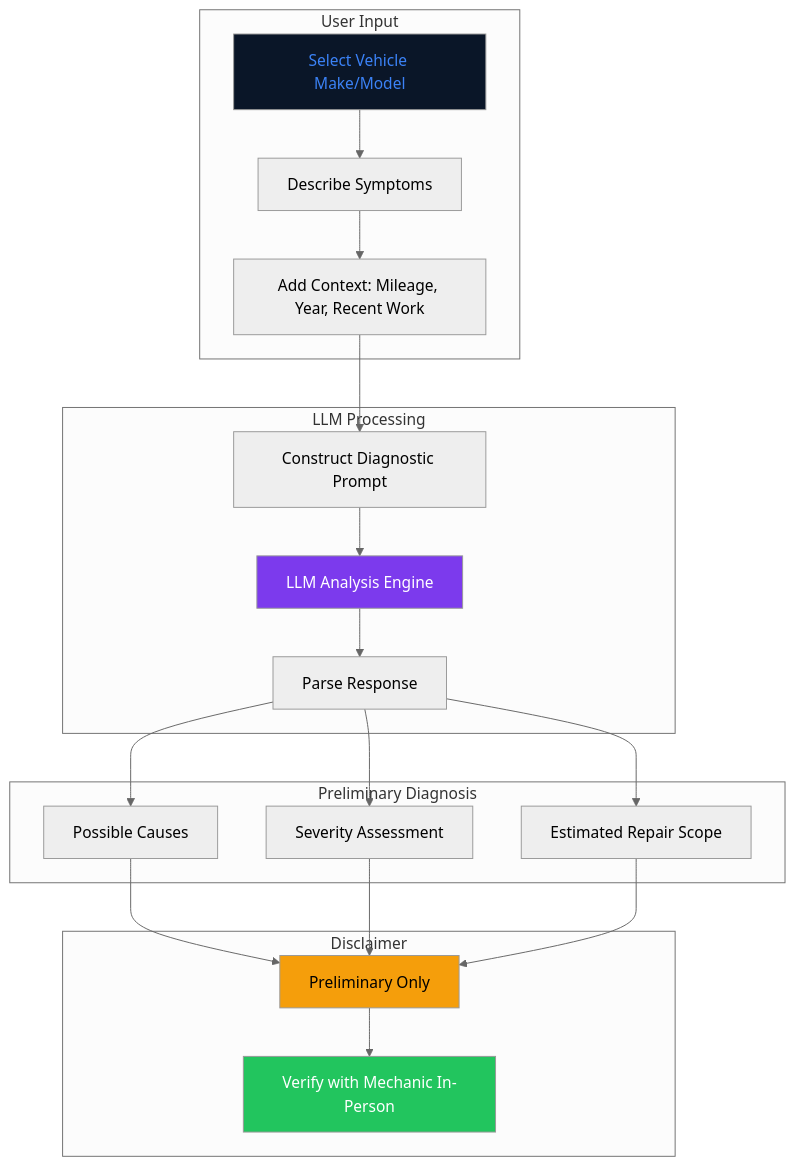
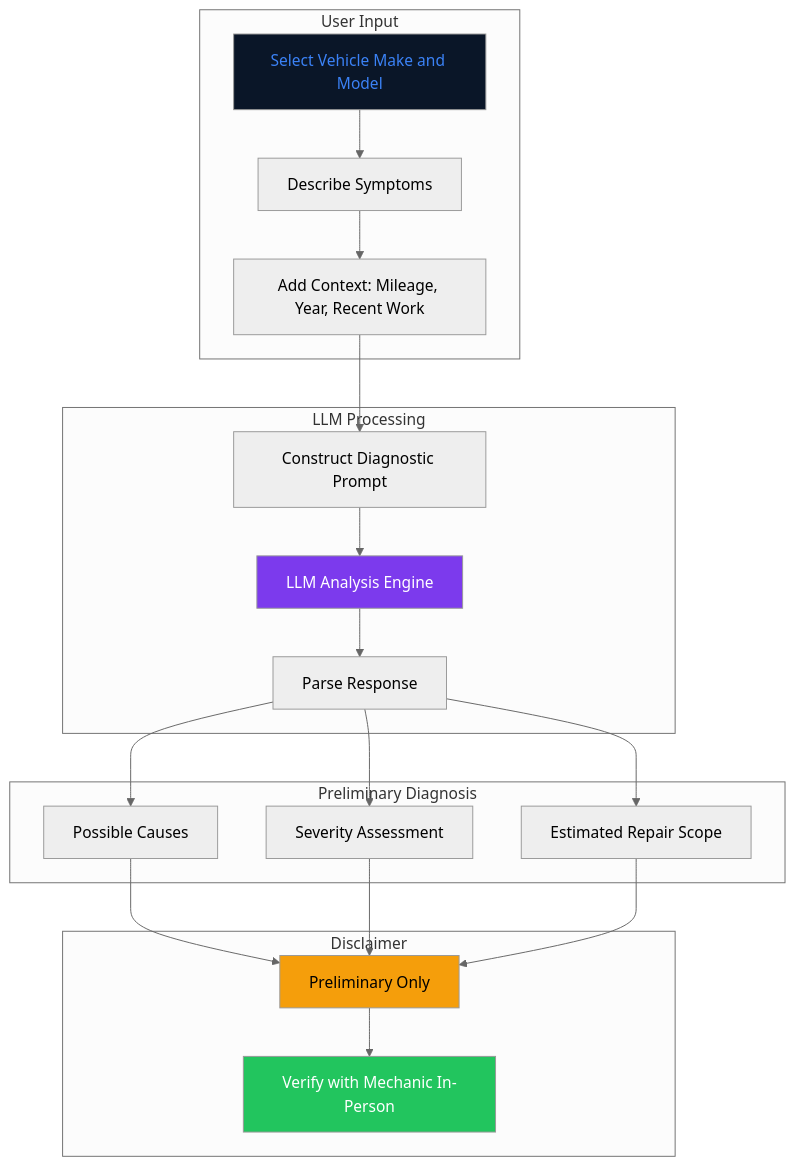
Before and after one commit to mulkymalikuldhrs/oke-mekanik-mobile-service: the second of 4 diagrams in README.md, drawn with Mermaid (neutral theme). The commit also changed other lines of this file and 1 other file, not shown here.

Commit message:
🎨 Upgrade: banner image + fixed Mermaid + animations + flow diagrams

````diff
--- a/README.md
+++ b/README.md
@@ -139,31 +70,31 @@
 ```mermaid
 flowchart TB
-    subgraph "User Input"
-        Start["Select Vehicle Make/Model"] --> Symptoms["Describe Symptoms"]
+    subgraph Input["User Input"]
+        Start["Select Vehicle Make and Model"] --> Symptoms["Describe Symptoms"]
         Symptoms --> Context["Add Context: Mileage, Year, Recent Work"]
     end
 
-    subgraph "LLM Processing"
+    subgraph LLMProc["LLM Processing"]
         Context --> Prompt["Construct Diagnostic Prompt"]
         Prompt --> LLM["LLM Analysis Engine"]
         LLM --> Parse["Parse Response"]
     end
 
-    subgraph "Preliminary Diagnosis"
+    subgraph Diagnosis["Preliminary Diagnosis"]
         Parse --> Causes["Possible Causes"]
         Parse --> Severity["Severity Assessment"]
         Parse --> Estimate["Estimated Repair Scope"]
     end
 
-    subgraph "Disclaimer"
+    subgraph Disclaimer["Disclaimer"]
         Causes --> Warning["Preliminary Only"]
         Severity --> Warning
         Estimate --> Warning
         Warning --> Mechanic["Verify with Mechanic In-Person"]
     end
 
     style Start fill:#0a1628,color:#3b82f6
     style LLM fill:#7c3aed,color:#fff
     style Warning fill:#f59e0b,color:#000
     style Mechanic fill:#22c55e,color:#fff
 ```
````
